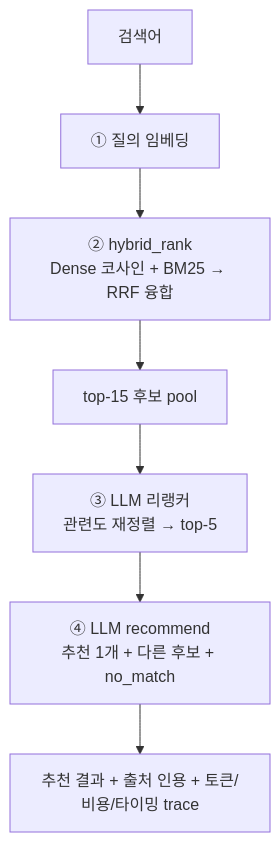
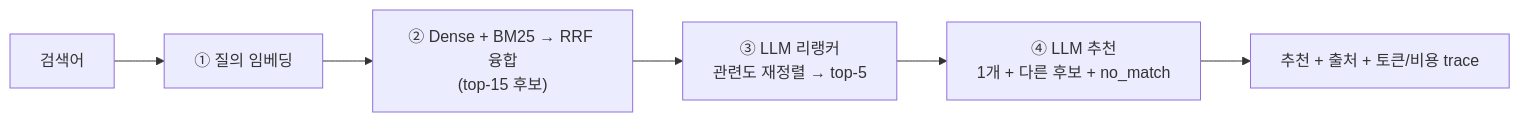
One commit to lululalalalalalalalaaa/prototype changed the diagram in README.md. Above: the diagram before and after it, drawn with Mermaid. The commit also changed other lines of this file, not shown here.

````diff
--- a/README.md
+++ b/README.md
@@ -78,9 +68,8 @@
 ```mermaid
-flowchart TD
+flowchart LR
   Q["검색어"] --> E["① 질의 임베딩"]
-  E --> H["② hybrid_rank<br/>Dense 코사인 + BM25 → RRF 융합"]
-  H --> P["top-15 후보 pool"]
-  P --> R["③ LLM 리랭커<br/>관련도 재정렬 → top-5"]
-  R --> G["④ LLM recommend<br/>추천 1개 + 다른 후보 + no_match"]
-  G --> O["추천 결과 + 출처 인용 + 토큰/비용/타이밍 trace"]
+  E --> H["② Dense + BM25 → RRF 융합<br/>(top-15 후보)"]
+  H --> R["③ LLM 리랭커<br/>관련도 재정렬 → top-5"]
+  R --> G["④ LLM 추천<br/>1개 + 다른 후보 + no_match"]
+  G --> O["추천 + 출처 + 토큰/비용 trace"]
 ```
````
